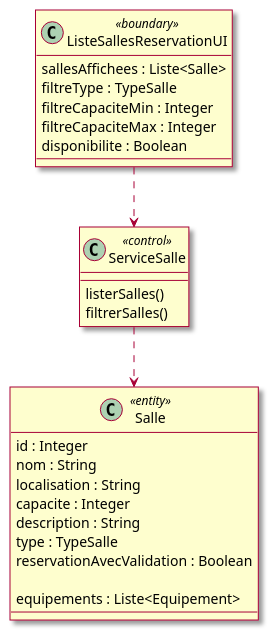
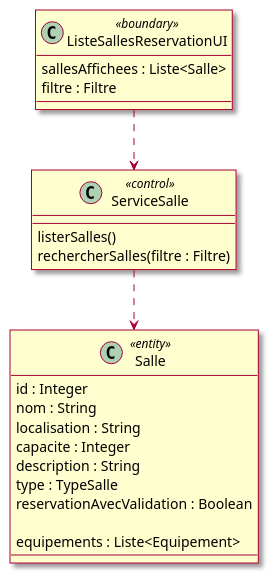
One commit to mrajaonson/glg204-room-management-system changed diagram 38 of 60 in docs/02-Analyse.md. Above: the diagram before and after it, drawn with PlantUML. The commit also changed other lines of this file and 4 other files, not shown here.

````diff
--- a/docs/02-Analyse.md
+++ b/docs/02-Analyse.md
@@ -1339,34 +1340,31 @@
 ```plantuml
 @startuml
 skin rose
 
 class ListeSallesReservationUI <<boundary>> {
   sallesAffichees : Liste<Salle>
-  filtreType : TypeSalle
-  filtreCapaciteMin : Integer
-  filtreCapaciteMax : Integer
-  disponibilite : Boolean
+  filtre : Filtre
 }
 
 class ServiceSalle <<control>> {
   listerSalles()
-  filtrerSalles()
+  rechercherSalles(filtre : Filtre)
 }
 
 class Salle <<entity>> {
   id : Integer
   nom : String
   localisation : String
   capacite : Integer
   description : String
   type : TypeSalle
   reservationAvecValidation : Boolean
 
   equipements : Liste<Equipement>
 }
 
 ListeSallesReservationUI ..> ServiceSalle
 ServiceSalle ..> Salle
 
 @enduml
 ```
````
